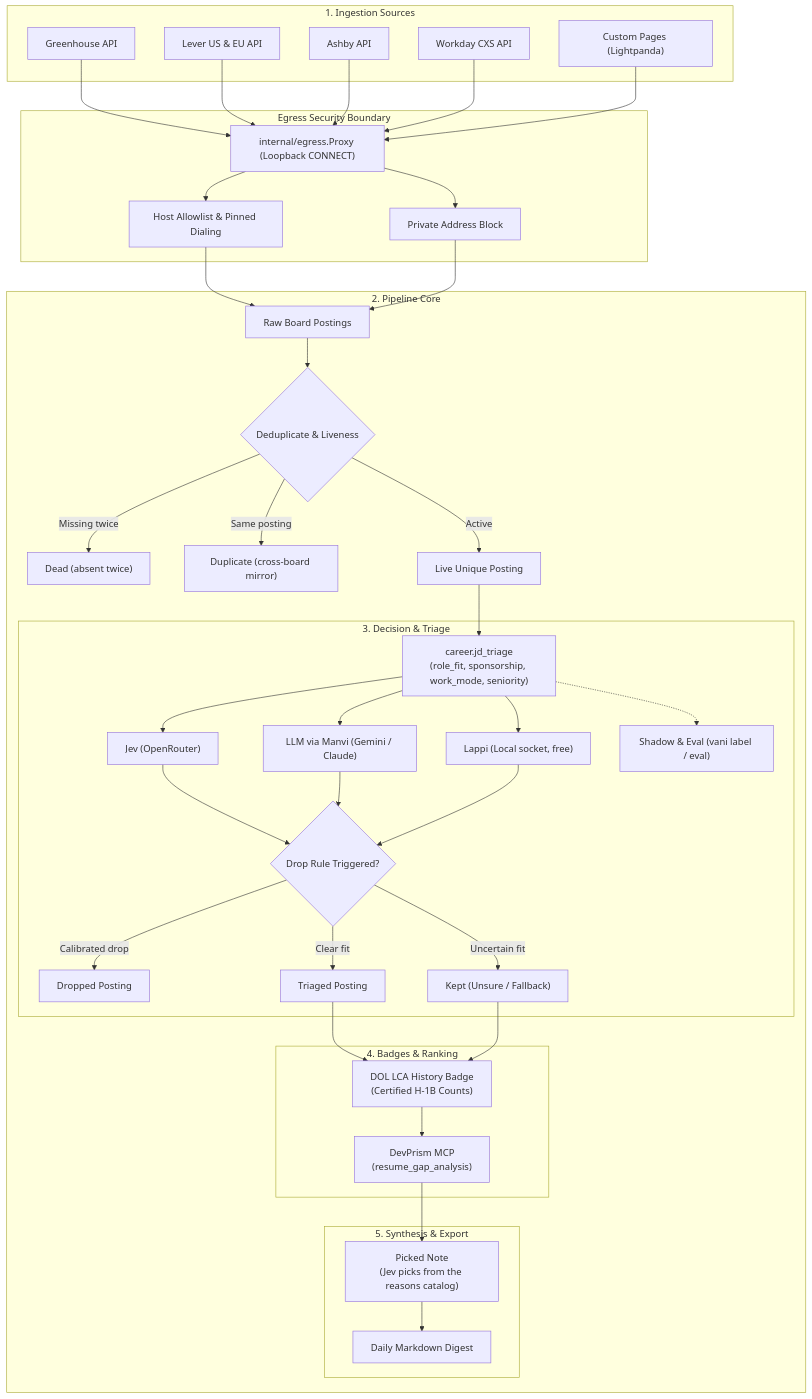
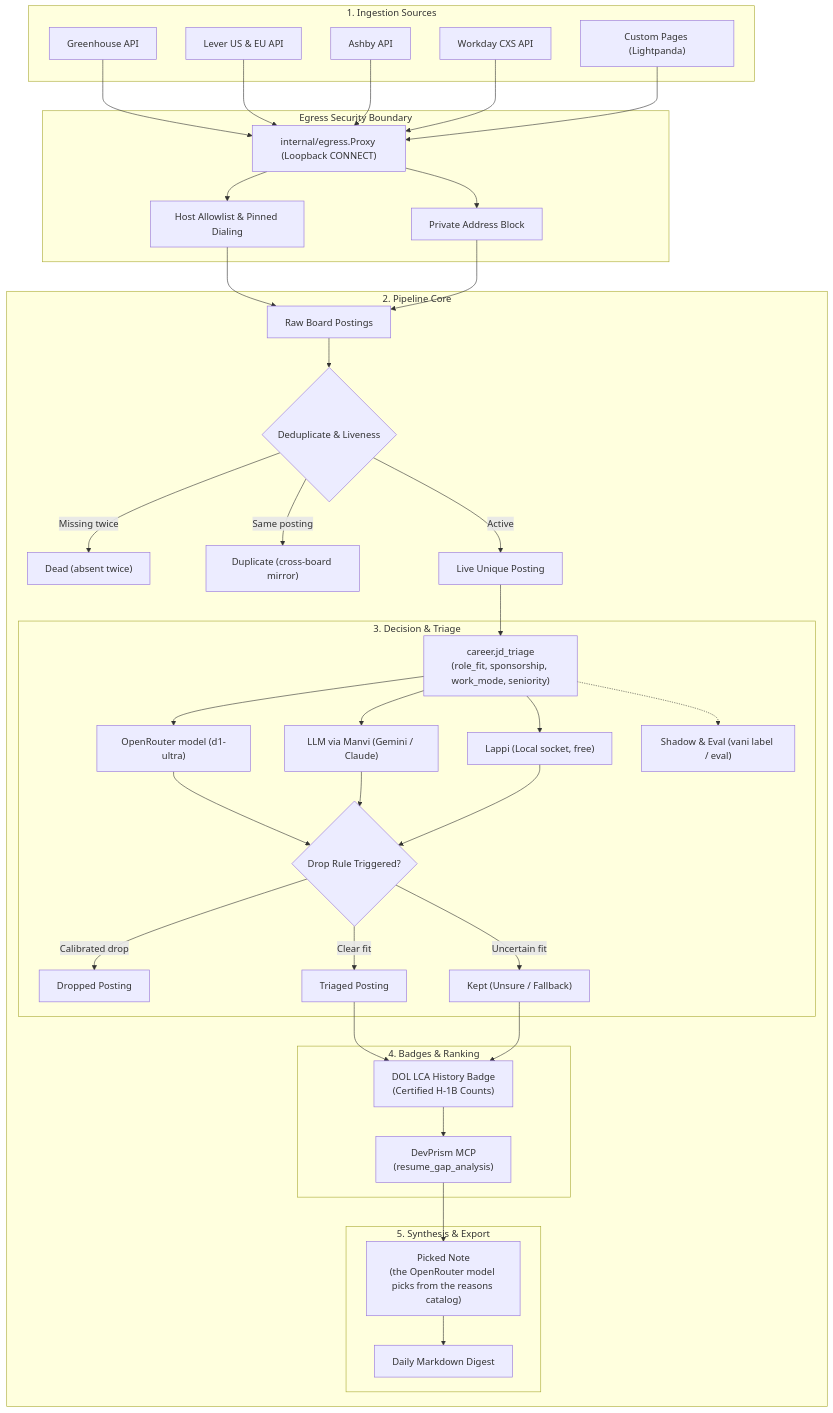
Before and after one commit to bharathvbcr/vani: the first of 2 diagrams in README.md, drawn with Mermaid. The commit also changed other lines of this file and 26 other files, not shown here.

First line of the commit message:
decide: name the OpenRouter backend after its model, rename jev_* keys

````diff
--- a/README.md
+++ b/README.md
@@ -16,67 +16,67 @@
 ```mermaid
 flowchart TD
     subgraph Sources["1. Ingestion Sources"]
         GH["Greenhouse API"]
         LV["Lever US & EU API"]
         AB["Ashby API"]
         WD["Workday CXS API"]
         PG["Custom Pages (Lightpanda)"]
     end
 
     subgraph Egress["Egress Security Boundary"]
         EP["internal/egress.Proxy (Loopback CONNECT)"]
         AL["Host Allowlist & Pinned Dialing"]
         PB["Private Address Block"]
     end
 
     subgraph Pipeline["2. Pipeline Core"]
         RAW["Raw Board Postings"]
         DEDUP{"Deduplicate & Liveness"}
         DEAD["Dead (absent twice)"]
         DUP["Duplicate (cross-board mirror)"]
         LIVE["Live Unique Posting"]
 
         subgraph Triage["3. Decision & Triage"]
             TR["career.jd_triage\n(role_fit, sponsorship, work_mode, seniority)"]
-            JEV["Jev (OpenRouter)"]
+            JEV["OpenRouter model (d1-ultra)"]
             LLM["LLM via Manvi (Gemini / Claude)"]
             LAP["Lappi (Local socket, free)"]
             SHADOW["Shadow & Eval (vani label / eval)"]
             DROP_RULE{"Drop Rule Triggered?"}
             DROP["Dropped Posting"]
             UNSURE["Kept (Unsure / Fallback)"]
             TRIAGED["Triaged Posting"]
         end
 
         subgraph Enrich["4. Badges & Ranking"]
             LCA["DOL LCA History Badge\n(Certified H-1B Counts)"]
             DEVPRISM["DevPrism MCP\n(resume_gap_analysis)"]
         end
 
         subgraph Output["5. Synthesis & Export"]
-            EXP["Picked Note\n(Jev picks from the reasons catalog)"]
+            EXP["Picked Note\n(the OpenRouter model picks from the reasons catalog)"]
             DIGEST["Daily Markdown Digest"]
         end
     end
 
     GH & LV & AB & WD --> EP
     PG --> EP
     EP --> AL & PB --> RAW
     RAW --> DEDUP
     DEDUP -->|Missing twice| DEAD
     DEDUP -->|Same posting| DUP
     DEDUP -->|Active| LIVE
 
     LIVE --> TR
     TR --> JEV & LLM & LAP
     TR -.-> SHADOW
     JEV & LLM & LAP --> DROP_RULE
     DROP_RULE -->|Calibrated drop| DROP
     DROP_RULE -->|Uncertain fit| UNSURE
     DROP_RULE -->|Clear fit| TRIAGED
 
     TRIAGED & UNSURE --> LCA
     LCA --> DEVPRISM
     DEVPRISM --> EXP
     EXP --> DIGEST
 ```
````
